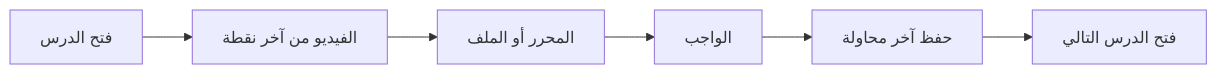
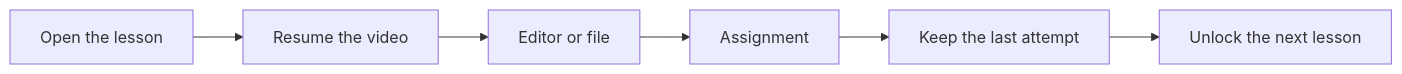
One commit to aboelnasrvip/go-tech-lms changed the third of 4 diagrams in README.md. Above: the diagram before and after it, drawn with Mermaid. The commit also changed other lines of this file, not shown here.

````diff
--- a/README.md
+++ b/README.md
@@ -57,10 +57,10 @@
 ```mermaid
 flowchart LR
-  open[فتح الدرس]
-  watch[الفيديو من آخر نقطة]
-  practice[المحرر أو الملف]
-  quiz[الواجب]
-  saved[حفظ آخر محاولة]
-  unlock[فتح الدرس التالي]
+  open[Open the lesson]
+  watch[Resume the video]
+  practice[Editor or file]
+  quiz[Assignment]
+  saved[Keep the last attempt]
+  unlock[Unlock the next lesson]
   open --> watch --> practice --> quiz --> saved --> unlock
 ```
````
